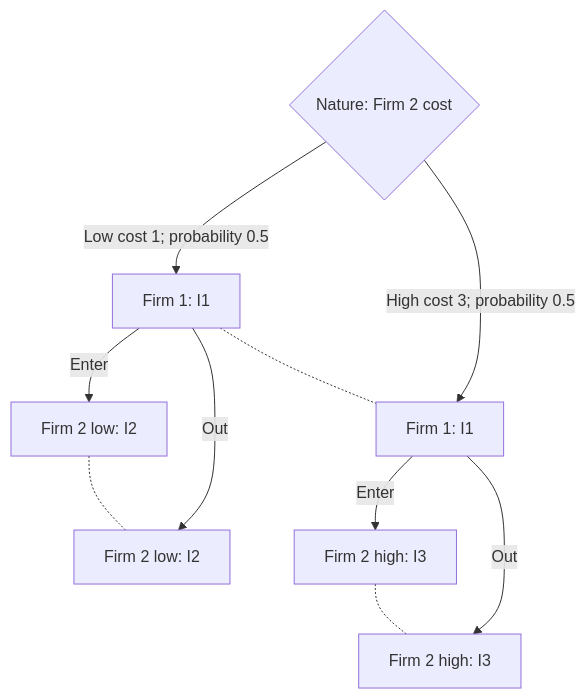
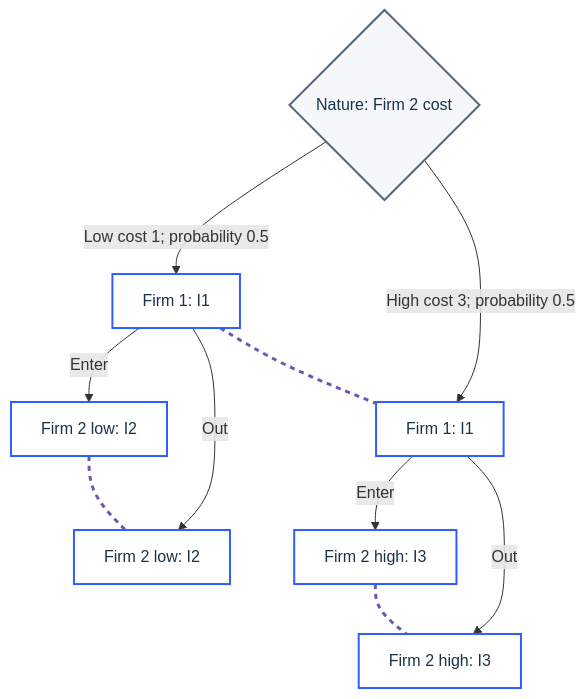
One commit to Ceejay464/Adaptive_Sequencer_Selection changed the third of 3 diagrams in README.md. Above: the diagram before and after it, drawn with Mermaid. The commit also changed other lines of this file and 21 other files, not shown here.

````diff
--- a/README.md
+++ b/README.md
@@ -119,12 +158,17 @@
 ```mermaid
 flowchart TD
     N{"Nature: Firm 2 cost"} -->|"Low cost 1; probability 0.5"| L["Firm 1: I1"]
     N -->|"High cost 3; probability 0.5"| H["Firm 1: I1"]
     L -->|Enter| LE["Firm 2 low: I2"]
     L -->|Out| LO["Firm 2 low: I2"]
     H -->|Enter| HE["Firm 2 high: I3"]
     H -->|Out| HO["Firm 2 high: I3"]
     L -.- H
     LE -.- LO
     HE -.- HO
+    classDef chance fill:#F5F7FB,stroke:#52677C,color:#18324A,stroke-width:2px;
+    classDef player fill:#FFFFFF,stroke:#315EFB,color:#18324A,stroke-width:2px;
+    class N chance;
+    class L,H,LE,LO,HE,HO player;
+    linkStyle 6,7,8 stroke:#7254B3,stroke-width:3px,stroke-dasharray:5;
 ```
````
